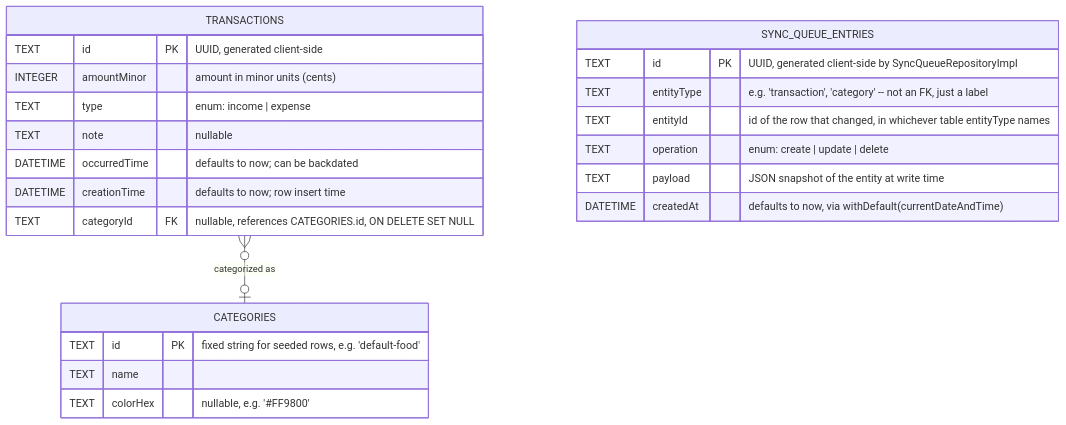
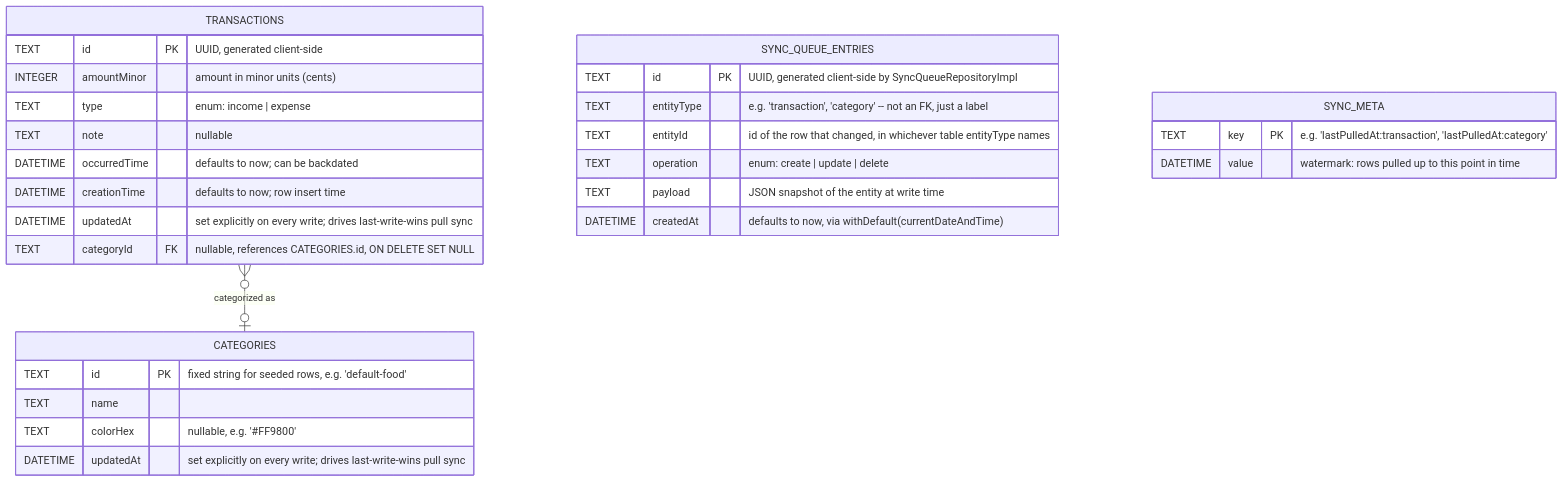
One commit to Israa050/money-log changed the second of 2 diagrams in README.md. Above: the diagram before and after it, drawn with Mermaid. The commit also changed other lines of this file and 21 other files, not shown here.

````diff
--- a/README.md
+++ b/README.md
@@ -703,26 +742,32 @@
 ```mermaid
 erDiagram
     TRANSACTIONS {
         TEXT id PK "UUID, generated client-side"
         INTEGER amountMinor "amount in minor units (cents)"
         TEXT type "enum: income | expense"
         TEXT note "nullable"
         DATETIME occurredTime "defaults to now; can be backdated"
         DATETIME creationTime "defaults to now; row insert time"
+        DATETIME updatedAt "set explicitly on every write; drives last-write-wins pull sync"
         TEXT categoryId FK "nullable, references CATEGORIES.id, ON DELETE SET NULL"
     }
     CATEGORIES {
         TEXT id PK "fixed string for seeded rows, e.g. 'default-food'"
         TEXT name
         TEXT colorHex "nullable, e.g. '#FF9800'"
+        DATETIME updatedAt "set explicitly on every write; drives last-write-wins pull sync"
     }
     SYNC_QUEUE_ENTRIES {
         TEXT id PK "UUID, generated client-side by SyncQueueRepositoryImpl"
         TEXT entityType "e.g. 'transaction', 'category' -- not an FK, just a label"
         TEXT entityId "id of the row that changed, in whichever table entityType names"
         TEXT operation "enum: create | update | delete"
         TEXT payload "JSON snapshot of the entity at write time"
         DATETIME createdAt "defaults to now, via withDefault(currentDateAndTime)"
     }
+    SYNC_META {
+        TEXT key PK "e.g. 'lastPulledAt:transaction', 'lastPulledAt:category'"
+        DATETIME value "watermark: rows pulled up to this point in time"
+    }
     TRANSACTIONS }o--o| CATEGORIES : "categorized as"
 ```
````
